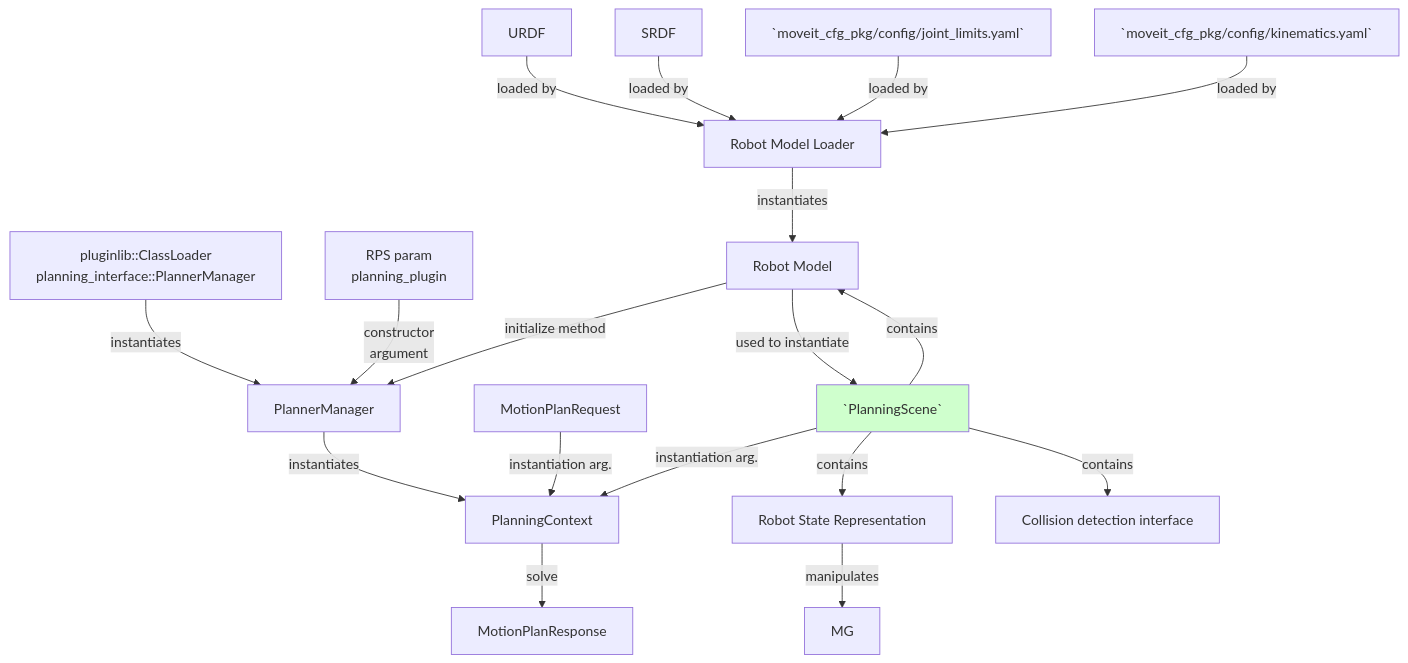
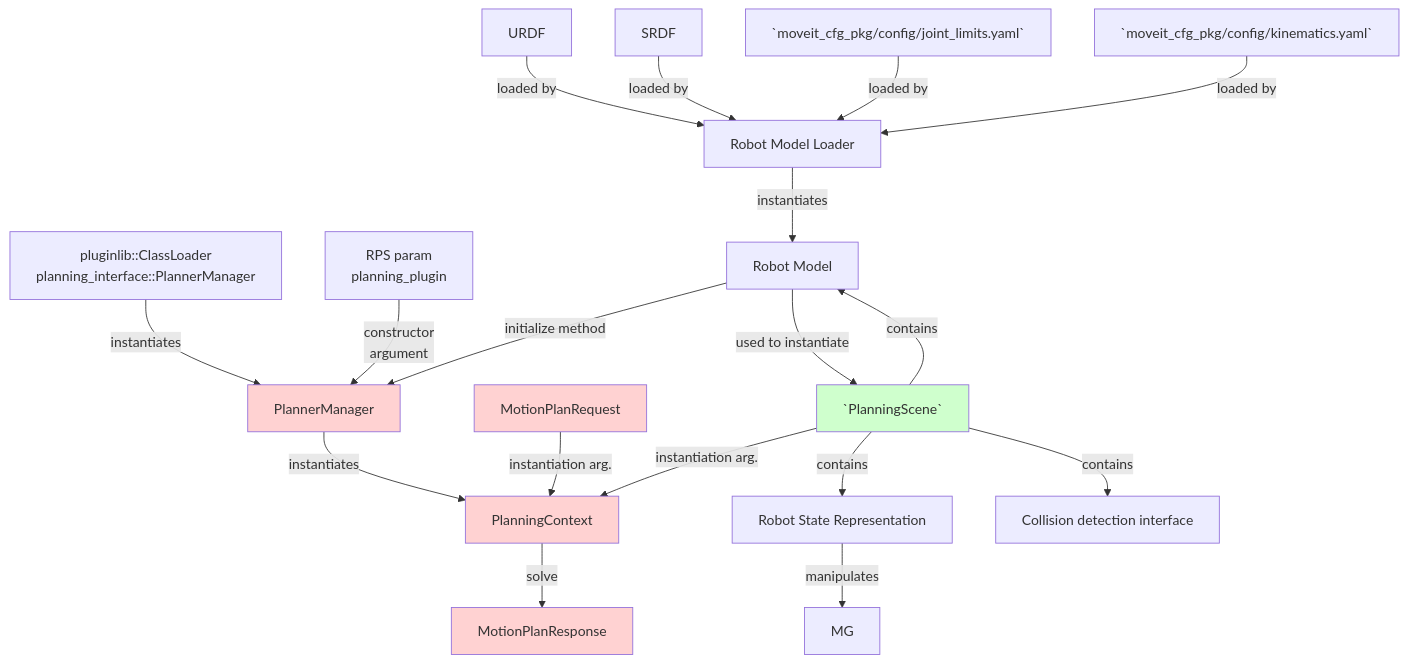
Before and after one commit to rafaelrojasmiliani/moveit_tutorial: the diagram in 03_planning_contex_and_planner_manger/readme.md, drawn with Mermaid.

````diff
--- a/03_planning_contex_and_planner_manger/readme.md
+++ b/03_planning_contex_and_planner_manger/readme.md
@@ -31,21 +31,25 @@
 ```mermaid
 graph TD;
     URDF -- loaded by --> RML[Robot Model Loader];
     SRDF -- loaded by --> RML;
     J[`moveit_cfg_pkg/config/joint_limits.yaml`] -- loaded by --> RML;
     K[`moveit_cfg_pkg/config/kinematics.yaml`] -- loaded by --> RML;
     RML -- instantiates --> RM[Robot Model];
     MPP[pluginlib::ClassLoader<br/>planning_interface::PlannerManager] -- instantiates --> PM[PlannerManager];
     PPP[RPS param <br/>planning_plugin] -- constructor<br/>argument --> PM;
     RM -- initialize method --> PM;
     PM -- instantiates --> PC[PlanningContext];
     MPR[MotionPlanRequest] -- instantiation arg. --> PC;
     PS -- instantiation arg. --> PC;
     PC -- solve --> MPRES[MotionPlanResponse];
     PS[`PlanningScene`] -- contains --> RM;
     RM -- used to instantiate --> PS;
     PS -- contains --> RS[Robot State Representation];
     PS -- contains --> CD[Collision detection interface];
     RS -- manipulates --> MG;
     style PS fill:#CFFFCD;
+    style PM fill:#FFD2D2;
+    style PC fill:#FFD2D2;
+    style MPR fill:#FFD2D2;
+    style MPRES fill:#FFD2D2;
 ```
````
